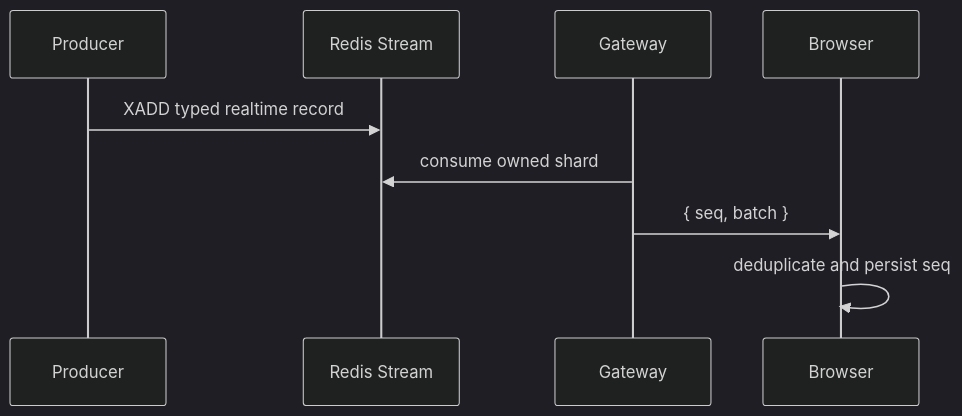
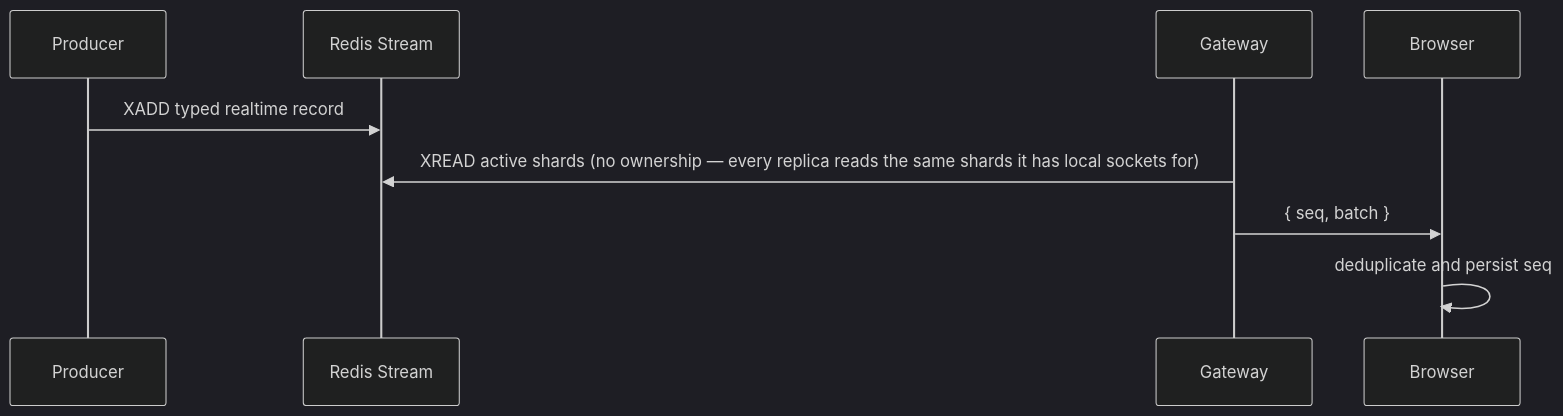
The second of 2 diagrams in docs/websocket.md (ChatbotXIO/ChatbotX), drawn with Mermaid (dark theme) before and after one commit. The commit also changed 52 other files, not shown here.

````diff
--- a/docs/websocket.md
+++ b/docs/websocket.md
@@ -20,12 +20,12 @@
 ```mermaid
 sequenceDiagram
   participant Producer
   participant Redis as Redis Stream
   participant Gateway
   participant Browser
 
   Producer->>Redis: XADD typed realtime record
-  Gateway->>Redis: consume owned shard
+  Gateway->>Redis: XREAD active shards (no ownership — every replica reads the same shards it has local sockets for)
   Gateway->>Browser: { seq, batch }
   Browser->>Browser: deduplicate and persist seq
 ```
````
